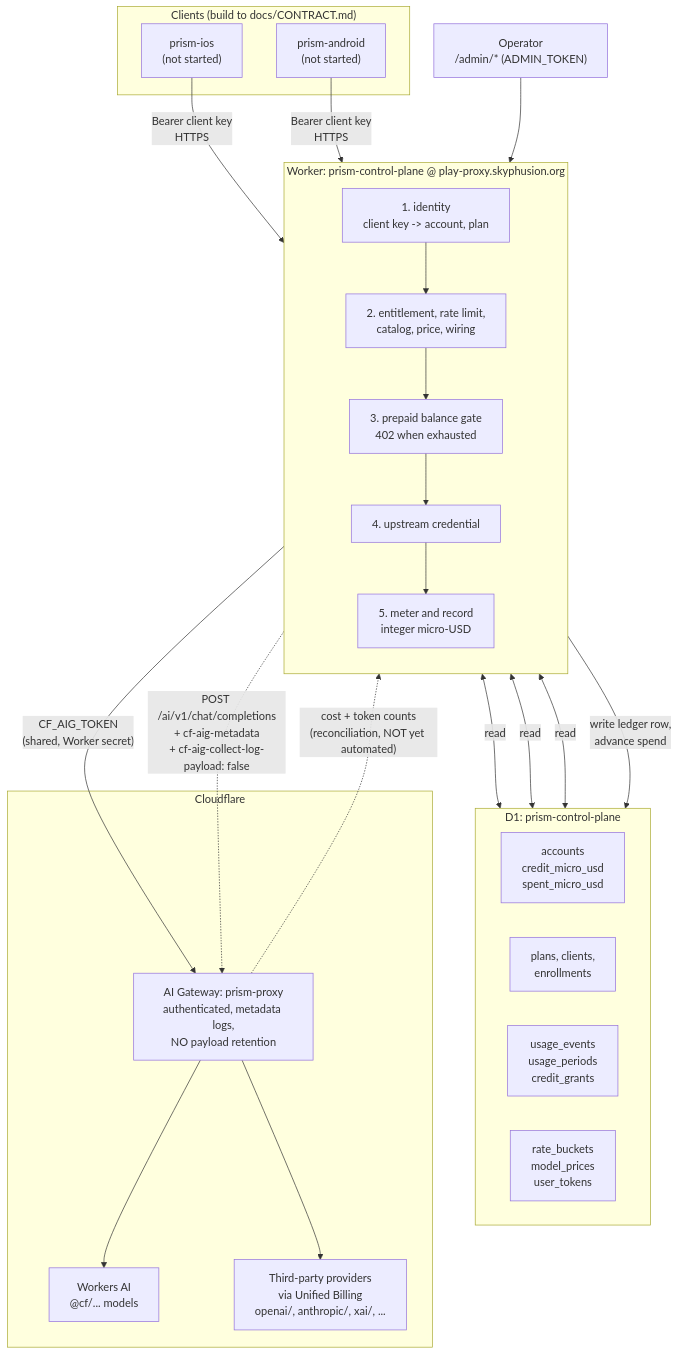
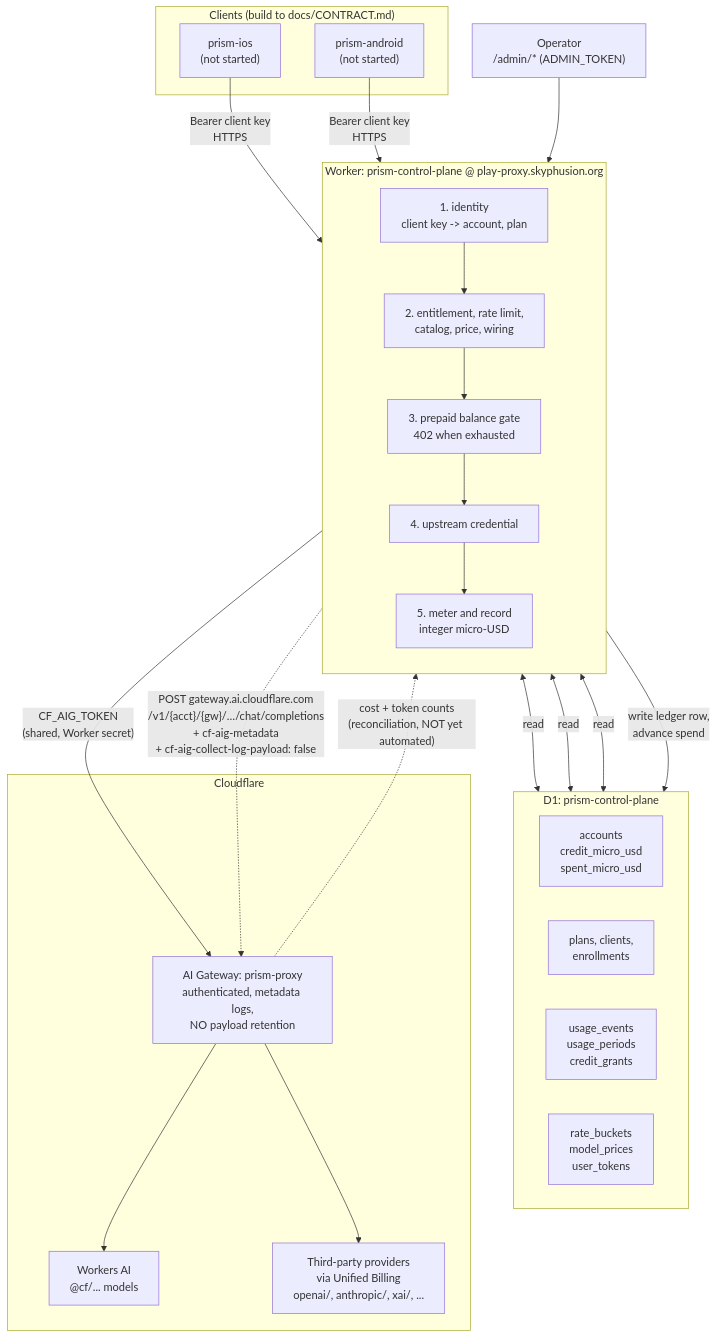
Before and after one commit to skyphusion-labs/prism-control-plane: the diagram in docs/ARCHITECTURE.md, drawn with Mermaid. The commit also changed other lines of this file and 9 other files, not shown here.

````diff
--- a/docs/ARCHITECTURE.md
+++ b/docs/ARCHITECTURE.md
@@ -40,50 +40,50 @@
 ```mermaid
 flowchart TB
     subgraph clients["Clients (build to docs/CONTRACT.md)"]
         ios["prism-ios<br/>(not started)"]
         android["prism-android<br/>(not started)"]
     end
 
     subgraph worker["Worker: prism-control-plane @ play-proxy.skyphusion.org"]
         direction TB
         auth["1. identity<br/>client key -> account, plan"]
         gates["2. entitlement, rate limit,<br/>catalog, price, wiring"]
         balance["3. prepaid balance gate<br/>402 when exhausted"]
         cred["4. upstream credential"]
         meter["5. meter and record<br/>integer micro-USD"]
     end
 
     subgraph d1["D1: prism-control-plane"]
         direction LR
         t1["accounts<br/>credit_micro_usd<br/>spent_micro_usd"]
         t2["plans, clients,<br/>enrollments"]
         t3["usage_events<br/>usage_periods<br/>credit_grants"]
         t4["rate_buckets<br/>model_prices<br/>user_tokens"]
     end
 
     admin["Operator<br/>/admin/* (ADMIN_TOKEN)"]
 
     subgraph cf["Cloudflare"]
         gw["AI Gateway: prism-proxy<br/>authenticated, metadata logs,<br/>NO payload retention"]
         wai["Workers AI<br/>@cf/... models"]
         prov["Third-party providers<br/>via Unified Billing<br/>openai/, anthropic/, xai/, ..."]
     end
 
     ios -->|"Bearer client key<br/>HTTPS"| auth
     android -->|"Bearer client key<br/>HTTPS"| auth
     admin --> worker
 
     auth --> gates --> balance --> cred --> meter
 
     auth <-->|"read"| d1
     gates <-->|"read"| d1
     balance <-->|"read"| d1
     meter -->|"write ledger row,<br/>advance spend"| d1
 
     cred -->|"CF_AIG_TOKEN<br/>(shared, Worker secret)"| gw
-    meter -.->|"POST /ai/v1/chat/completions<br/>+ cf-aig-metadata<br/>+ cf-aig-collect-log-payload: false"| gw
+    meter -.->|"POST gateway.ai.cloudflare.com<br/>/v1/{acct}/{gw}/…/chat/completions<br/>+ cf-aig-metadata<br/>+ cf-aig-collect-log-payload: false"| gw
     gw --> wai
     gw --> prov
 
     gw -.->|"cost + token counts<br/>(reconciliation, NOT yet automated)"| meter
 ```
````
